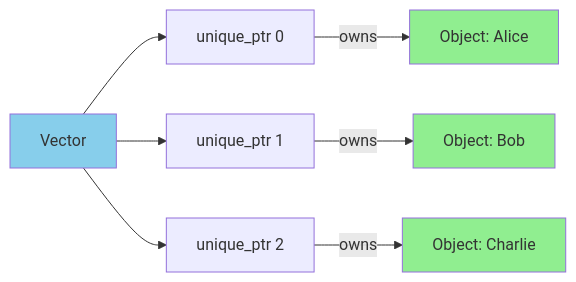
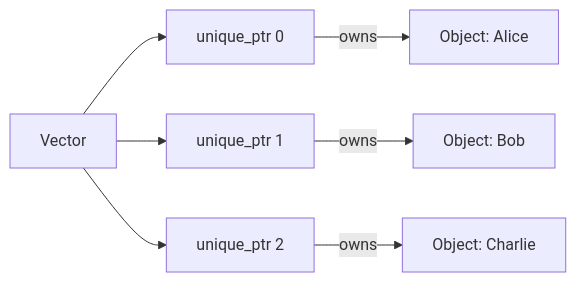
Before and after one commit to sushmitassathe25/Cpp-Pointers: the ninth of 9 diagrams in Unique pointers.md, drawn with Mermaid. The commit also changed other lines of this file, not shown here.

````diff
--- a/Unique pointers.md
+++ b/Unique pointers.md
@@ -272,15 +241,11 @@
 ```mermaid
 graph LR
     A["Vector"] --> B["unique_ptr 0"]
     A --> C["unique_ptr 1"]
     A --> D["unique_ptr 2"]
     
     B -->|owns| E["Object: Alice"]
     C -->|owns| F["Object: Bob"]
     D -->|owns| G["Object: Charlie"]
     
-    style A fill:#87CEEB
-    style E fill:#90EE90
-    style F fill:#90EE90
-    style G fill:#90EE90
 ```
````
